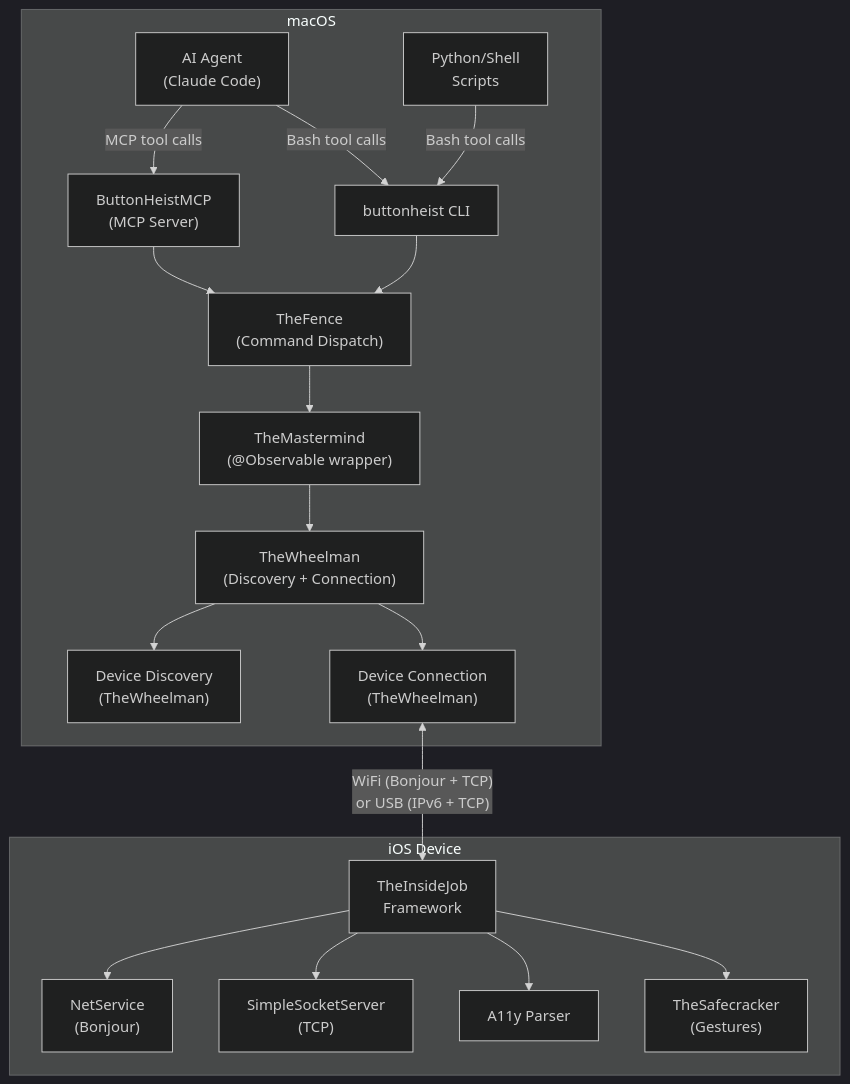
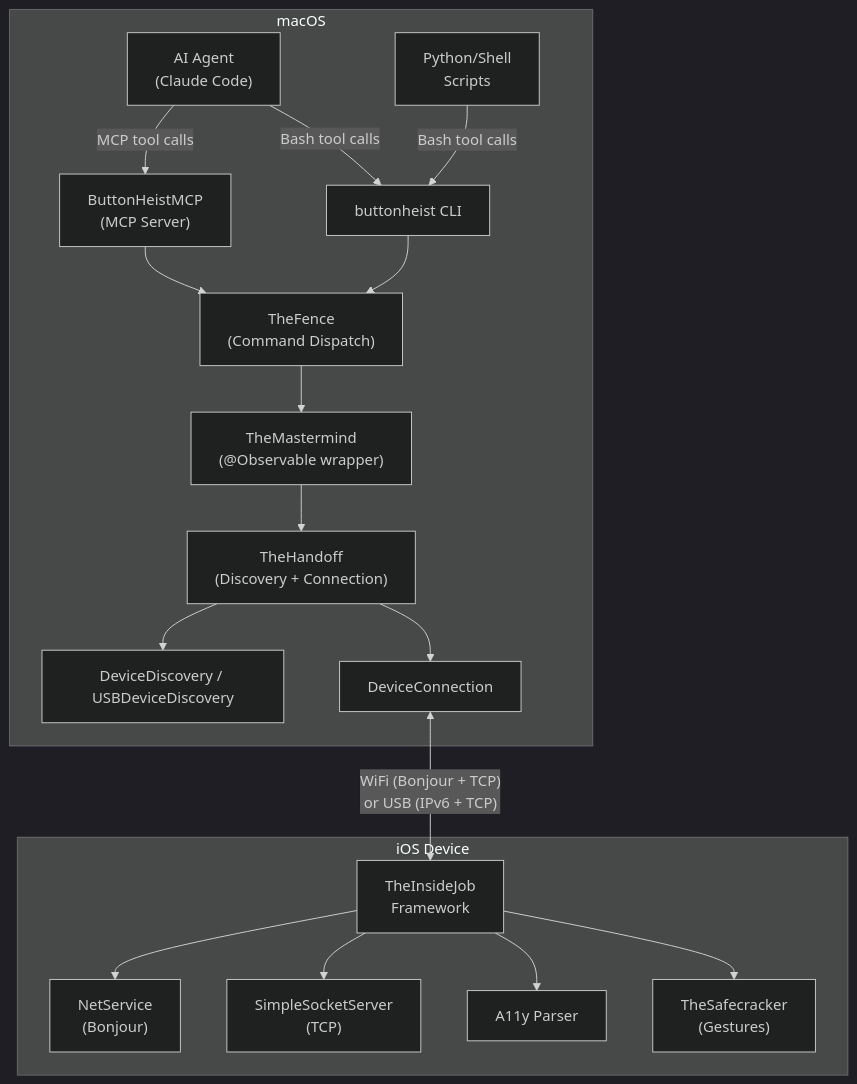
The first of 8 diagrams in docs/ARCHITECTURE.md (RoyalPineapple/TheButtonHeist), drawn with Mermaid (dark theme) before and after one commit. The commit also changed other lines of this file and 8 other files, not shown here.

````diff
--- a/docs/ARCHITECTURE.md
+++ b/docs/ARCHITECTURE.md
@@ -17,23 +15,23 @@
 ```mermaid
 graph TB
     subgraph mac["macOS"]
         Agent["AI Agent<br>(Claude Code)"] -->|MCP tool calls| MCP["ButtonHeistMCP<br>(MCP Server)"]
         Agent -->|Bash tool calls| CLI["buttonheist CLI"]
         Scripts["Python/Shell<br>Scripts"] -->|Bash tool calls| CLI
         MCP --> TF["TheFence<br>(Command Dispatch)"]
         CLI --> TF
         TF --> TM["TheMastermind<br>(@Observable wrapper)"]
-        TM --> TW["TheWheelman<br>(Discovery + Connection)"]
-        TW --> DD["Device Discovery<br>(TheWheelman)"]
-        TW --> DC["Device Connection<br>(TheWheelman)"]
+        TM --> TH["TheHandoff<br>(Discovery + Connection)"]
+        TH --> DD["DeviceDiscovery / USBDeviceDiscovery"]
+        TH --> DC["DeviceConnection"]
     end
 
     DC <-->|"WiFi (Bonjour + TCP)<br>or USB (IPv6 + TCP)"| IJ
 
     subgraph ios["iOS Device"]
         IJ["TheInsideJob<br>Framework"] --> NS["NetService<br>(Bonjour)"]
         IJ --> SS["SimpleSocketServer<br>(TCP)"]
         IJ --> A11y["A11y Parser"]
         IJ --> TSC["TheSafecracker<br>(Gestures)"]
     end
 ```
````
